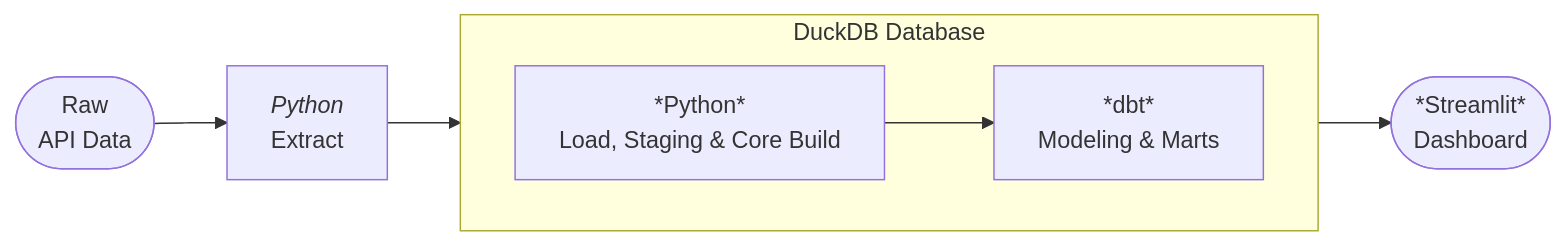
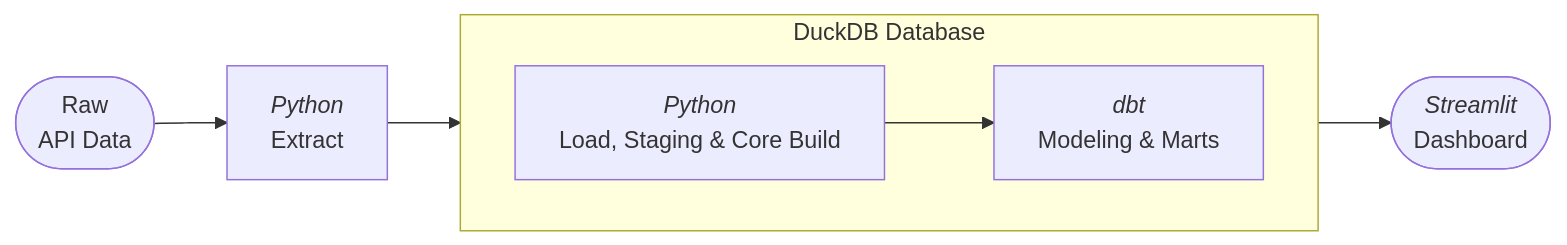
One commit to danderbas/airelibre-analytics changed the first of 2 diagrams in README.md. Above: the diagram before and after it, drawn with Mermaid. The commit also changed other lines of this file, not shown here.

Commit message:
fix markdown diagrams

````diff
--- a/README.md
+++ b/README.md
@@ -5,14 +5,13 @@
 ```mermaid
 graph LR
     API(["Raw<br>API Data"]) 
-    --> E["`*Python*
-    Extract`"]
+    --> E["`*Python*<br>Extract`"]
     E --> DUCKDB
     
     subgraph DUCKDB [DuckDB Database]
         direction LR
-        STG["*Python*<br>Load, Staging & Core Build"] --> dbt["*dbt*<br>Modeling & Marts"]
+        STG["`*Python*<br>Load, Staging & Core Build`"] --> dbt["`*dbt*<br>Modeling & Marts`"]
     end
 
-    dbt --> DASH(["*Streamlit*<br>Dashboard"])
+    dbt --> DASH(["`*Streamlit*<br>Dashboard`"])
 ```
````
